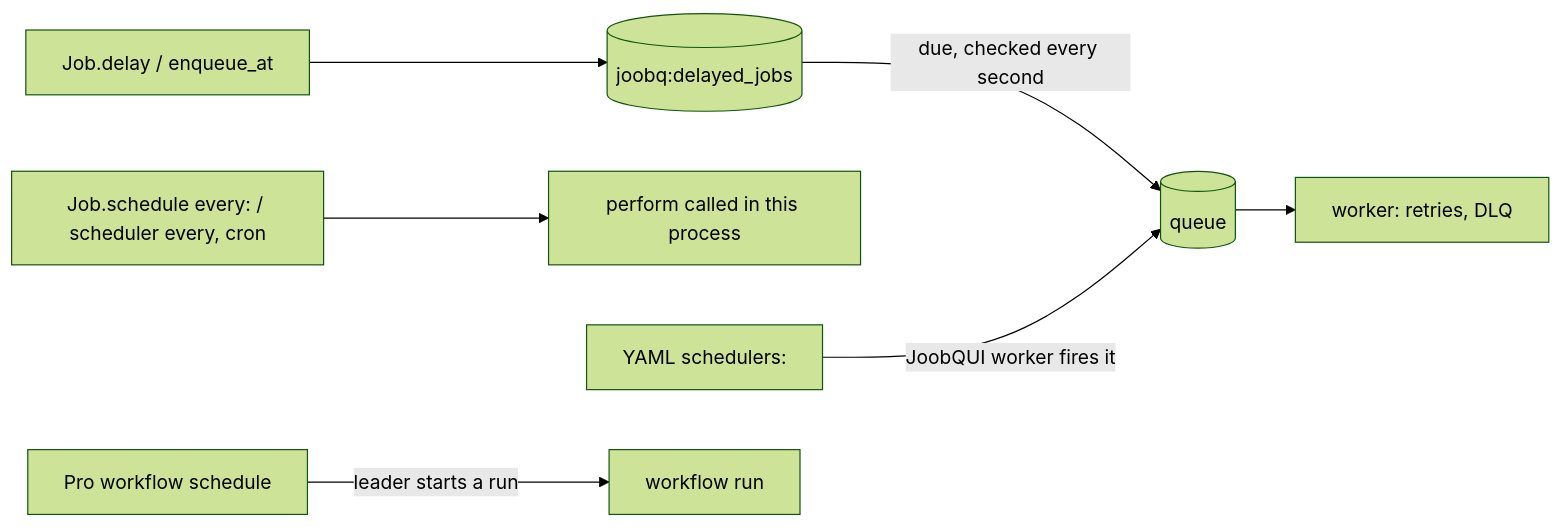
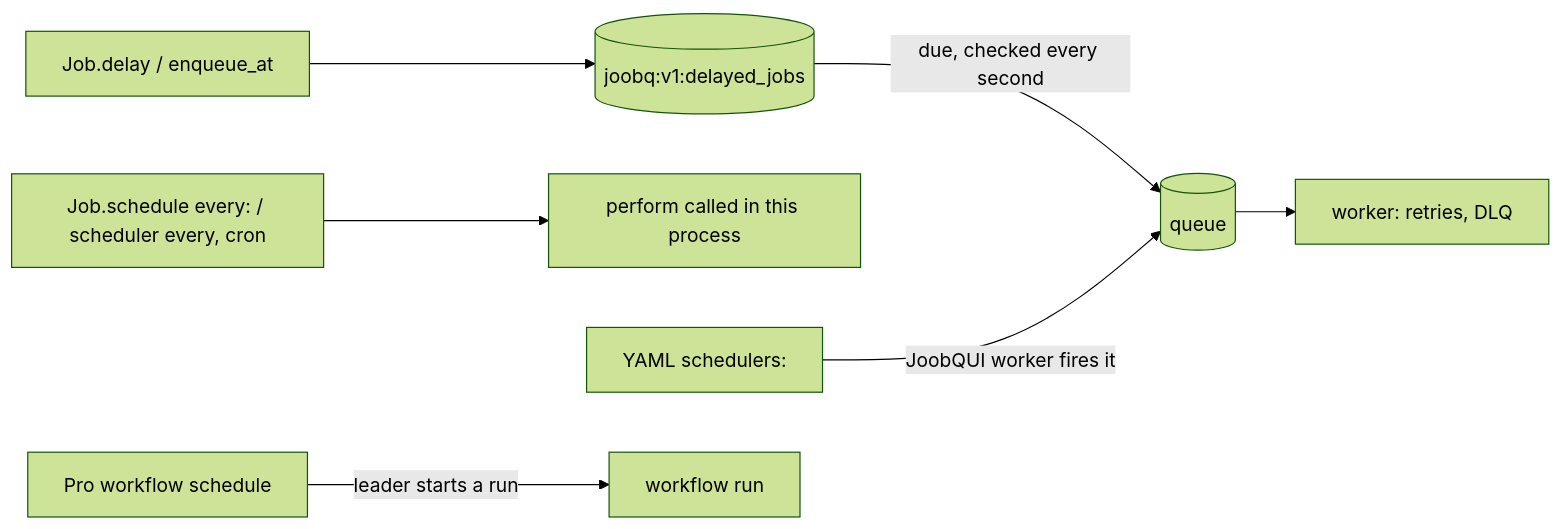
The diagram in docs/explanation/delayed-and-recurring-jobs.md (azutoolkit/joobq), drawn with Mermaid (forest theme) before and after one commit. The commit also changed 20 other files, not shown here.

````diff
--- a/docs/explanation/delayed-and-recurring-jobs.md
+++ b/docs/explanation/delayed-and-recurring-jobs.md
@@ -19,7 +19,7 @@
 ```mermaid
 flowchart LR
-  D[Job.delay / enqueue_at] --> Set[(joobq:delayed_jobs)] -->|due, checked every second| Q[(queue)] --> W[worker: retries, DLQ]
+  D[Job.delay / enqueue_at] --> Set[(joobq:v1:delayed_jobs)] -->|due, checked every second| Q[(queue)] --> W[worker: retries, DLQ]
   E[Job.schedule every: / scheduler every, cron] --> P[perform called in this process]
   Y[YAML schedulers:] -->|JoobQUI worker fires it| Q
   S[Pro workflow schedule] -->|leader starts a run| WF[workflow run]
 ```
````
